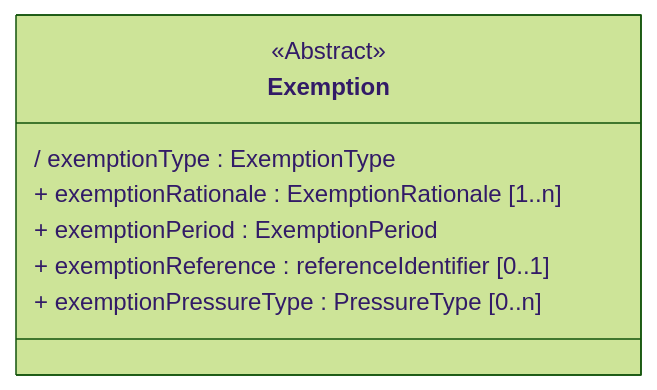
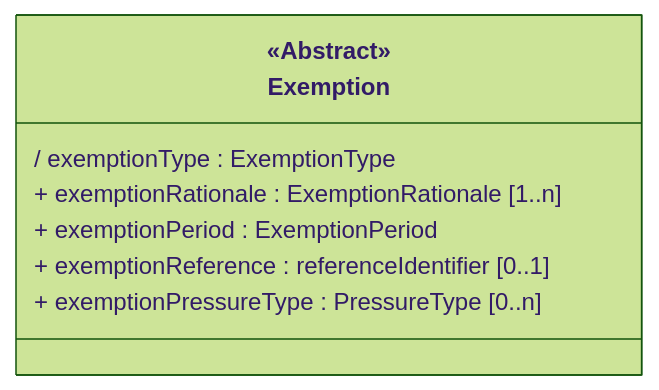
The second of 9 diagrams in docs/DataModelReview/WFDExemptions.md (eeadata/WISE.WFD.Documentation), drawn with Mermaid (forest theme) before and after one commit. The commit also changed other lines of this file and 7 other files, not shown here.

Commit message:
Proposed changes for the WFD Exemptions - now with the diagrams.

````diff
--- a/docs/DataModelReview/WFDExemptions.md
+++ b/docs/DataModelReview/WFDExemptions.md
@@ -76,10 +82,14 @@
 ```{mermaid}
+:name: ExemptionAbstractClass
+:caption: Exemption - 4th cycle - Abstract pattern for illustrative purposes
+:align: center
 classDiagram
-class Exemption <<Abstract>>{
+class Exemption ["«Abstract»
+Exemption"]{
     / exemptionType : ExemptionType
     + exemptionRationale : ExemptionRationale [1..n]
     + exemptionPeriod : ExemptionPeriod
     + exemptionReference : referenceIdentifier [0..1]
 	+ exemptionPressureType : PressureType [0..n]
 }
 ```
````
